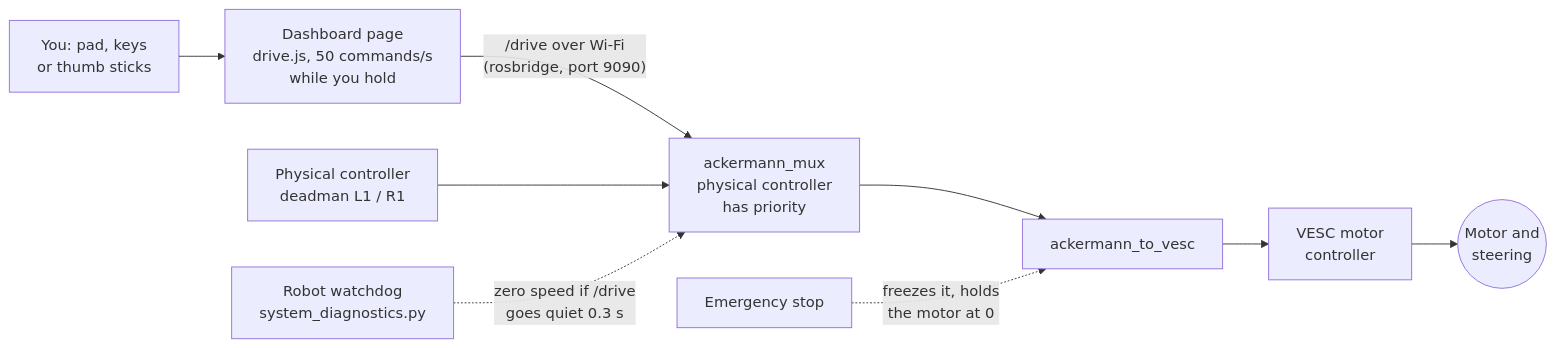
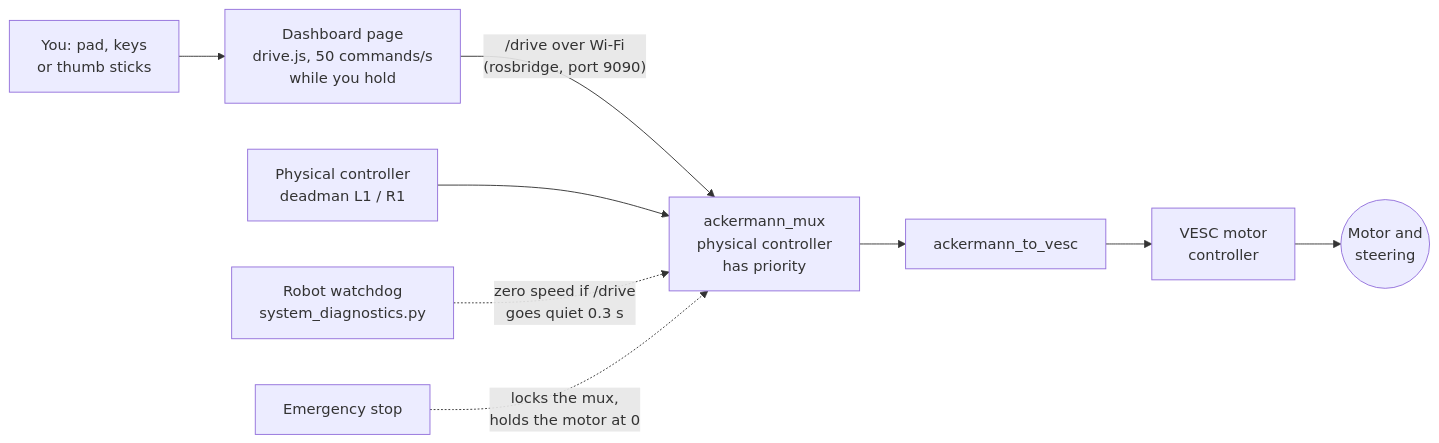
Before and after one commit to Weber-AGV/f1tenth_system: the diagram in f1tenth_stack/dashboard/docs/guides/drive-tab.md, drawn with Mermaid. The commit also changed other lines of this file and 40 other files, not shown here.

First line of the commit message:
feat: controller tab, autonomous runs, obstacle stop, restart from the page, and an e-stop that locks the mux

````diff
--- a/f1tenth_stack/dashboard/docs/guides/drive-tab.md
+++ b/f1tenth_stack/dashboard/docs/guides/drive-tab.md
@@ -317,9 +376,9 @@
 ```mermaid
 flowchart LR
   you["You: pad, keys<br/>or thumb sticks"] --> page["Dashboard page<br/>drive.js, 50 commands/s<br/>while you hold"]
   page -- "/drive over Wi-Fi<br/>(rosbridge, port 9090)" --> mux["ackermann_mux<br/>physical controller<br/>has priority"]
   pad["Physical controller<br/>deadman L1 / R1"] --> mux
   mux --> a2v["ackermann_to_vesc"] --> vesc["VESC motor<br/>controller"] --> motor(("Motor and<br/>steering"))
   wd["Robot watchdog<br/>system_diagnostics.py"] -. "zero speed if /drive<br/>goes quiet 0.3 s" .-> mux
-  es["Emergency stop"] -. "freezes it, holds<br/>the motor at 0" .-> a2v
+  es["Emergency stop"] -. "locks the mux,<br/>holds the motor at 0" .-> mux
 ```
````
